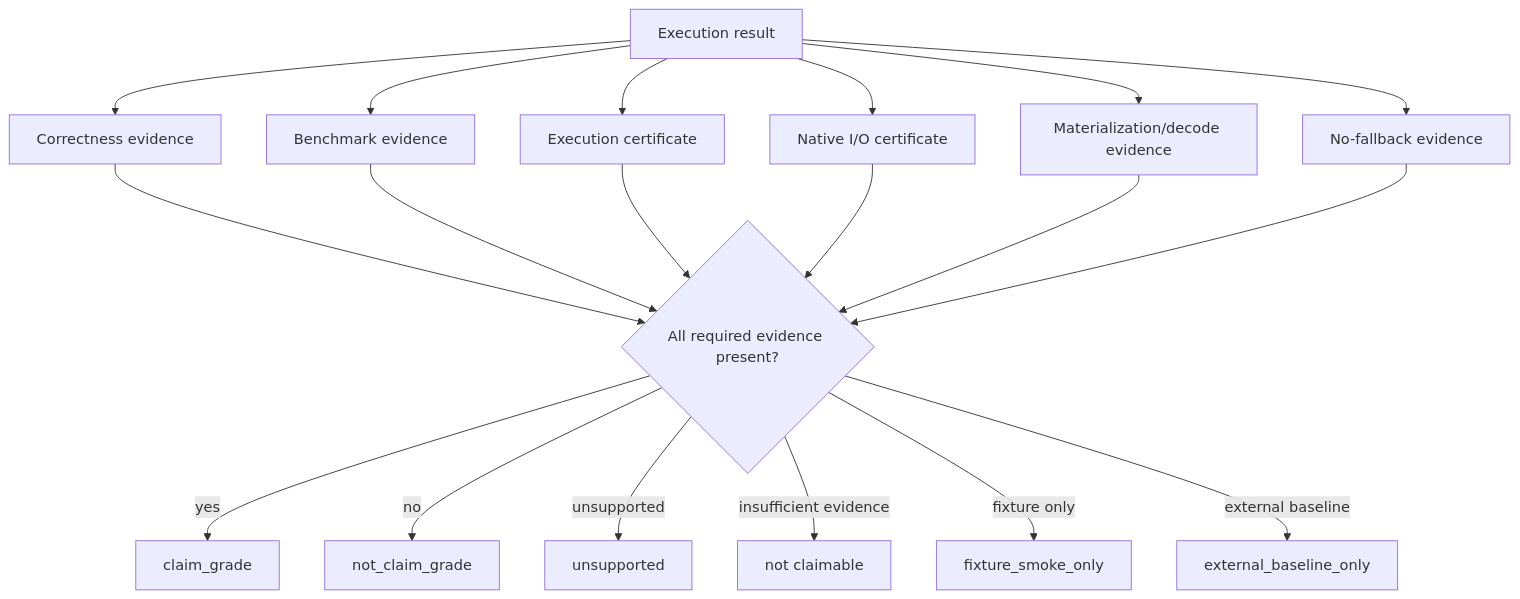
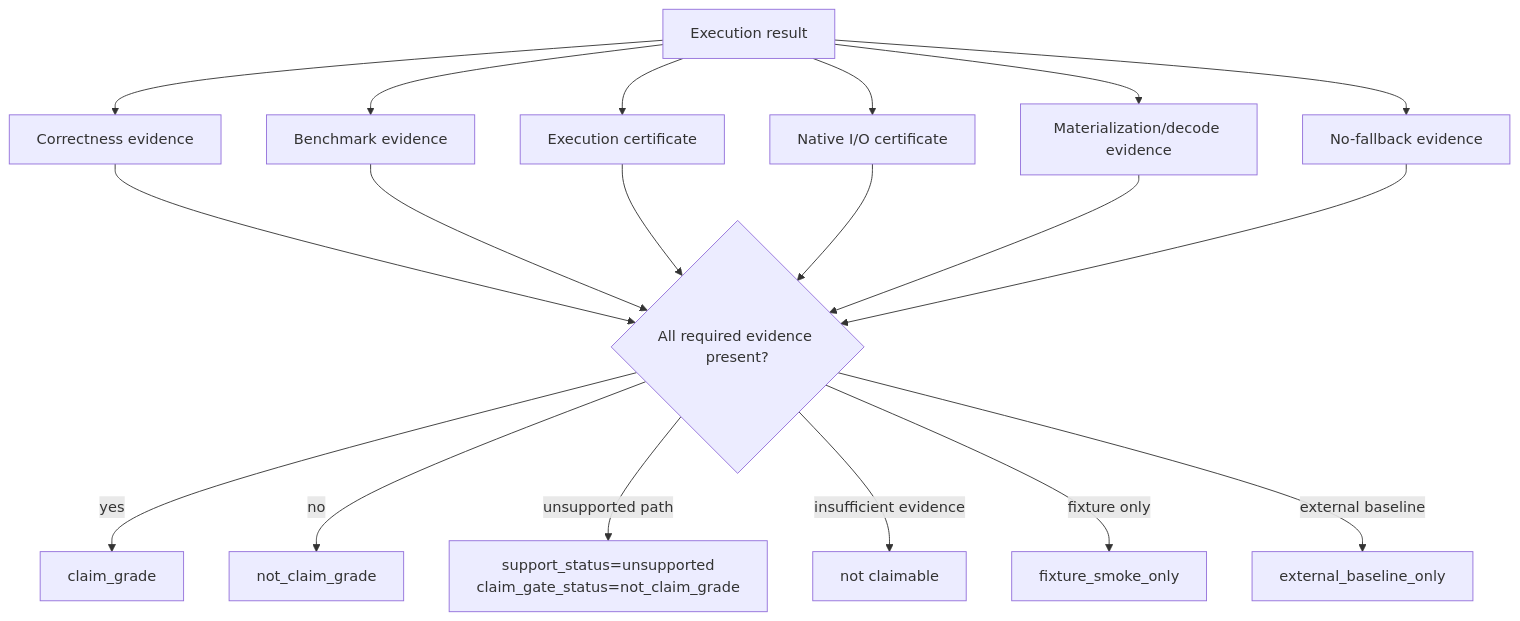
Before and after one commit to depsilon/shardloom: the fifth of 5 diagrams in docs/architecture/compute-engine-flow-reference.md, drawn with Mermaid. The commit also changed other lines of this file and 13 other files, not shown here.

````diff
--- a/docs/architecture/compute-engine-flow-reference.md
+++ b/docs/architecture/compute-engine-flow-reference.md
@@ -691,23 +720,23 @@
 ```mermaid
 flowchart TD
     A["Execution result"] --> B["Correctness evidence"]
     A --> C["Benchmark evidence"]
     A --> D["Execution certificate"]
     A --> E["Native I/O certificate"]
     A --> F["Materialization/decode evidence"]
     A --> G["No-fallback evidence"]
 
     B --> H{"All required evidence present?"}
     C --> H
     D --> H
     E --> H
     F --> H
     G --> H
 
     H -->|yes| I["claim_grade"]
     H -->|no| J["not_claim_grade"]
-    H -->|unsupported| K["unsupported"]
+    H -->|unsupported path| K["support_status=unsupported<br/>claim_gate_status=not_claim_grade"]
     H -->|insufficient evidence| L["not claimable"]
     H -->|fixture only| M["fixture_smoke_only"]
     H -->|external baseline| N["external_baseline_only"]
 ```
````
